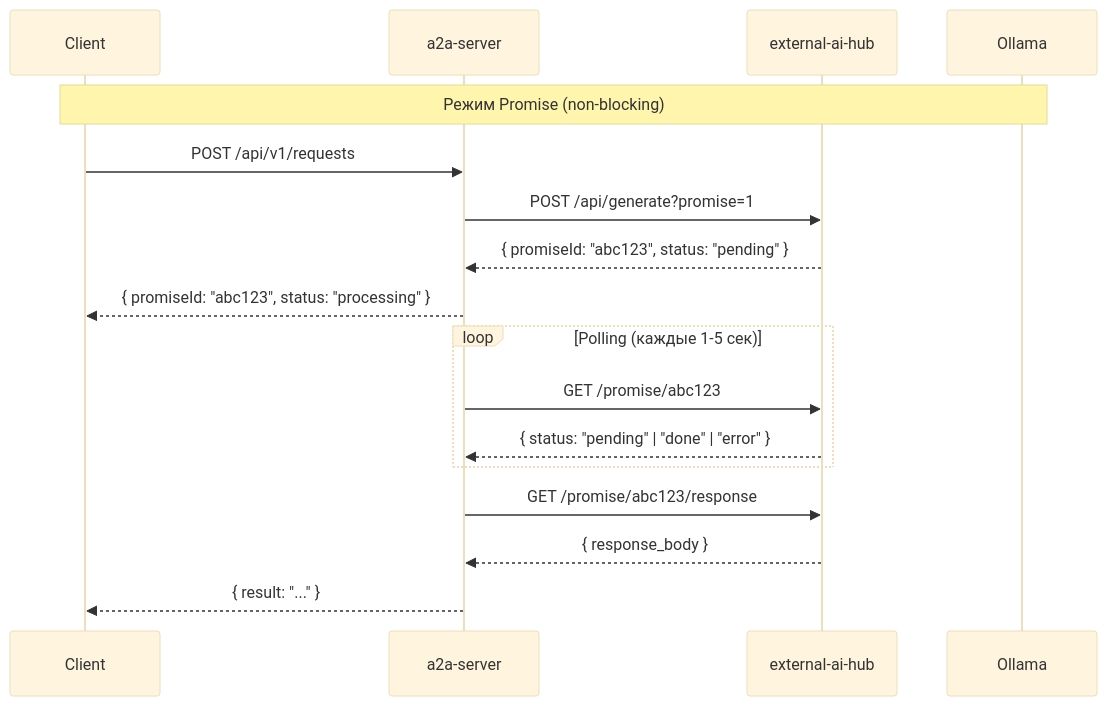
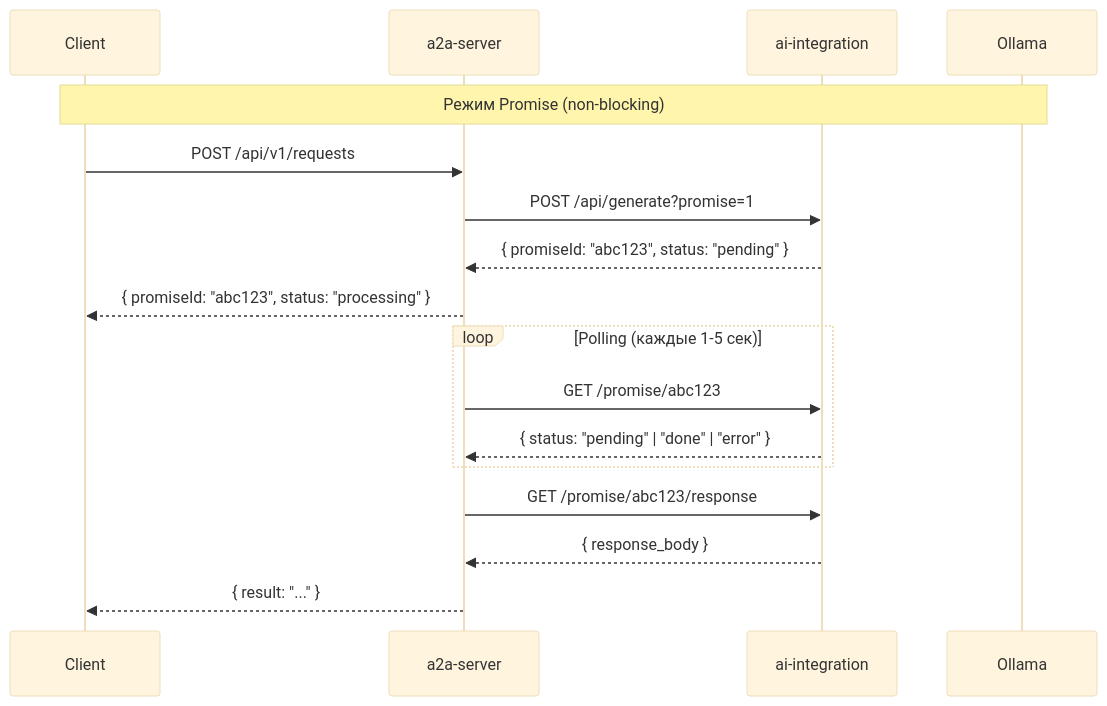
One commit to donkeyhotshow/a2a-script-agent-autonomy changed the diagram in docs/archive/ollama-proxy-integration.md. Above: the diagram before and after it, drawn with Mermaid (base theme). The commit also changed other lines of this file and 92 other files, not shown here.

````diff
--- a/docs/archive/ollama-proxy-integration.md
+++ b/docs/archive/ollama-proxy-integration.md
@@ -76,23 +76,23 @@
 ```mermaid
 sequenceDiagram
     participant C as Client
     participant S as a2a-server
-    participant H as external-ai-hub
+    participant H as ai-integration
     participant O as Ollama
 
     Note over C,O: Режим Promise (non-blocking)
     
     C->>S: POST /api/v1/requests
     S->>H: POST /api/generate?promise=1
     H-->>S: { promiseId: "abc123", status: "pending" }
     S-->>C: { promiseId: "abc123", status: "processing" }
     
     loop Polling (каждые 1-5 сек)
         S->>H: GET /promise/abc123
         H-->>S: { status: "pending" | "done" | "error" }
     end
     
     S->>H: GET /promise/abc123/response
     H-->>S: { response_body }
     S-->>C: { result: "..." }
 ```
````
